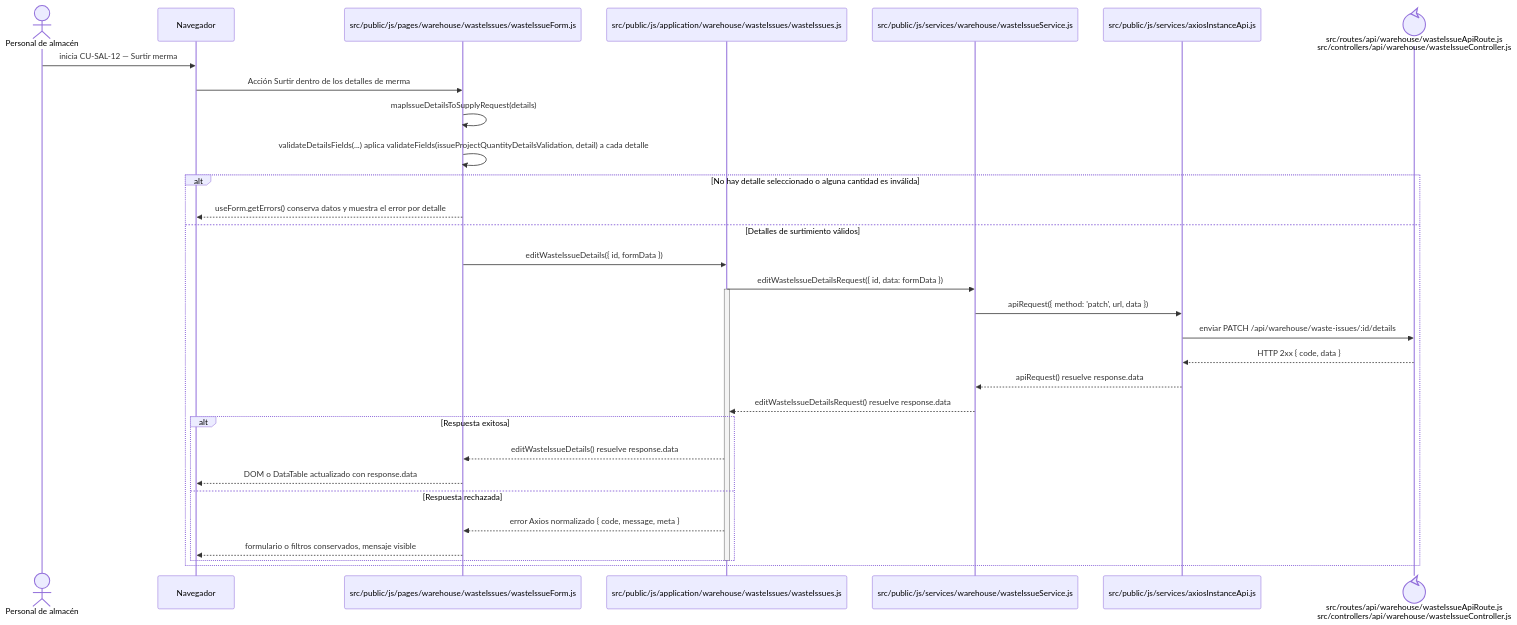
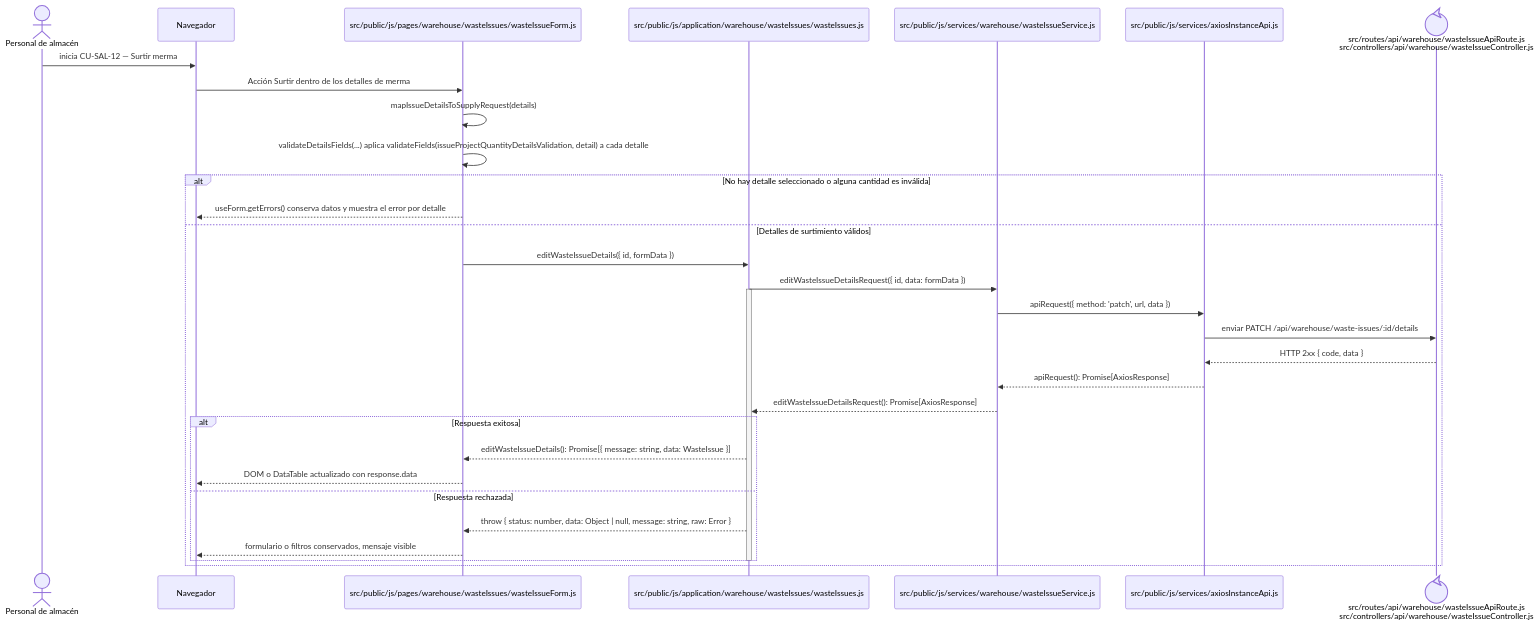
One commit to gpgsistemas01/nexus changed the diagram in docs/architecture/frontend-code-sequences/issues/cu-sal-12.md. Above: the diagram before and after it, drawn with Mermaid. The commit also changed 146 other files, not shown here.

````diff
--- a/docs/architecture/frontend-code-sequences/issues/cu-sal-12.md
+++ b/docs/architecture/frontend-code-sequences/issues/cu-sal-12.md
@@ -6,35 +6,35 @@
 ```mermaid
 sequenceDiagram
     actor Initiator as Personal de almacén
     participant Browser as Navegador
     participant View as src/public/js/pages/warehouse/wasteIssues/wasteIssueForm.js
     participant Application as src/public/js/application/warehouse/wasteIssues/wasteIssues.js
     participant Request as src/public/js/services/warehouse/wasteIssueService.js
     participant HTTP as src/public/js/services/axiosInstanceApi.js
     participant Transport@{ "type": "control" } as src/routes/api/warehouse/wasteIssueApiRoute.js<br/>src/controllers/api/warehouse/wasteIssueController.js
 
     Initiator->>Browser: inicia CU-SAL-12 — Surtir merma
     Browser->>View: Acción Surtir dentro de los detalles de merma
     View->>View: mapIssueDetailsToSupplyRequest(details)
     View->>View: validateDetailsFields(...) aplica validateFields(issueProjectQuantityDetailsValidation, detail) a cada detalle
     alt No hay detalle seleccionado o alguna cantidad es inválida
         View-->>Browser: useForm.getErrors() conserva datos y muestra el error por detalle
     else Detalles de surtimiento válidos
         View->>Application: editWasteIssueDetails({ id, formData })
         Application->>Request: editWasteIssueDetailsRequest({ id, data: formData })
         activate Application
         Request->>HTTP: apiRequest({ method: 'patch', url, data })
         HTTP->>Transport: enviar PATCH /api/warehouse/waste-issues/:id/details
         Transport-->>HTTP: HTTP 2xx { code, data }
-        HTTP-->>Request: apiRequest() resuelve response.data
-        Request-->>Application: editWasteIssueDetailsRequest() resuelve response.data
+        HTTP-->>Request: apiRequest(): Promise[AxiosResponse]
+        Request-->>Application: editWasteIssueDetailsRequest(): Promise[AxiosResponse]
         alt Respuesta exitosa
-            Application-->>View: editWasteIssueDetails() resuelve response.data
+            Application-->>View: editWasteIssueDetails(): Promise[{ message: string, data: WasteIssue }]
             View-->>Browser: DOM o DataTable actualizado con response.data
         else Respuesta rechazada
-            Application-->>View: error Axios normalizado { code, message, meta }
+            Application-->>View: throw { status: number, data: Object | null, message: string, raw: Error }
             View-->>Browser: formulario o filtros conservados, mensaje visible
         end
         deactivate Application
     end
 ```
````
